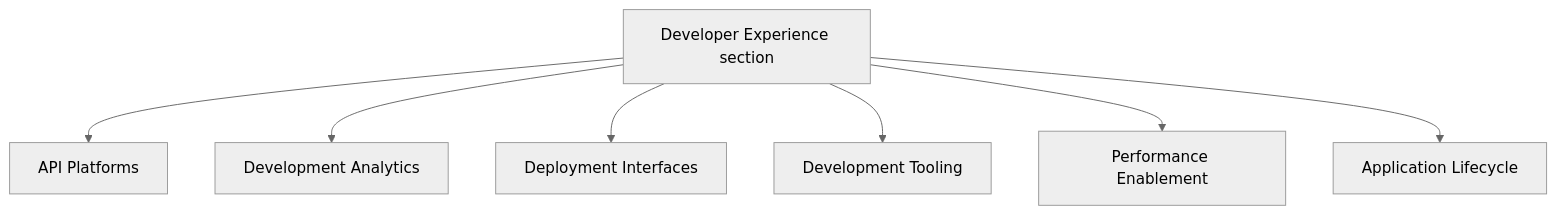
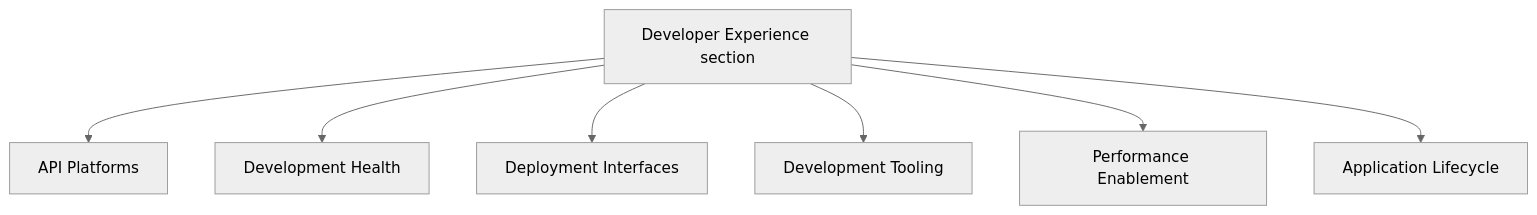
One commit to kyama0/gitlab-handbook-ja changed the diagram in content/handbook/engineering/infrastructure-platforms/developer-experience/_index.md. Above: the diagram before and after it, drawn with Mermaid (neutral theme). The commit also changed other lines of this file and 11 other files, not shown here.

````diff
--- a/content/handbook/engineering/infrastructure-platforms/developer-experience/_index.md
+++ b/content/handbook/engineering/infrastructure-platforms/developer-experience/_index.md
@@ -120,18 +120,18 @@
 ```mermaid
 graph TD
     DE[Developer Experience section]
     click DE "/handbook/engineering/infrastructure-platforms/developer-experience"
 
     DE --> AP[API Platforms]
     click AP "/handbook/engineering/infrastructure-platforms/developer-experience/api"
-    DE --> DA[Development Analytics]
-    click DA "/handbook/engineering/infrastructure-platforms/developer-experience/development-analytics"
+    DE --> DH[Development Health]
+    click DH "/handbook/engineering/infrastructure-platforms/developer-experience/development-health"
     DE --> DI[Deployment Interfaces]
     click DI "/handbook/engineering/infrastructure-platforms/developer-experience/deployment-interfaces"
     DE --> DT[Development Tooling]
     click DT "/handbook/engineering/infrastructure-platforms/developer-experience/development-tooling"
     DE --> PE[Performance Enablement]
     click PE "/handbook/engineering/infrastructure-platforms/developer-experience/performance-enablement"
     DE --> AL[Application Lifecycle]
     click AL "/handbook/engineering/infrastructure-platforms/developer-experience/application-lifecycle"
 ```
````
